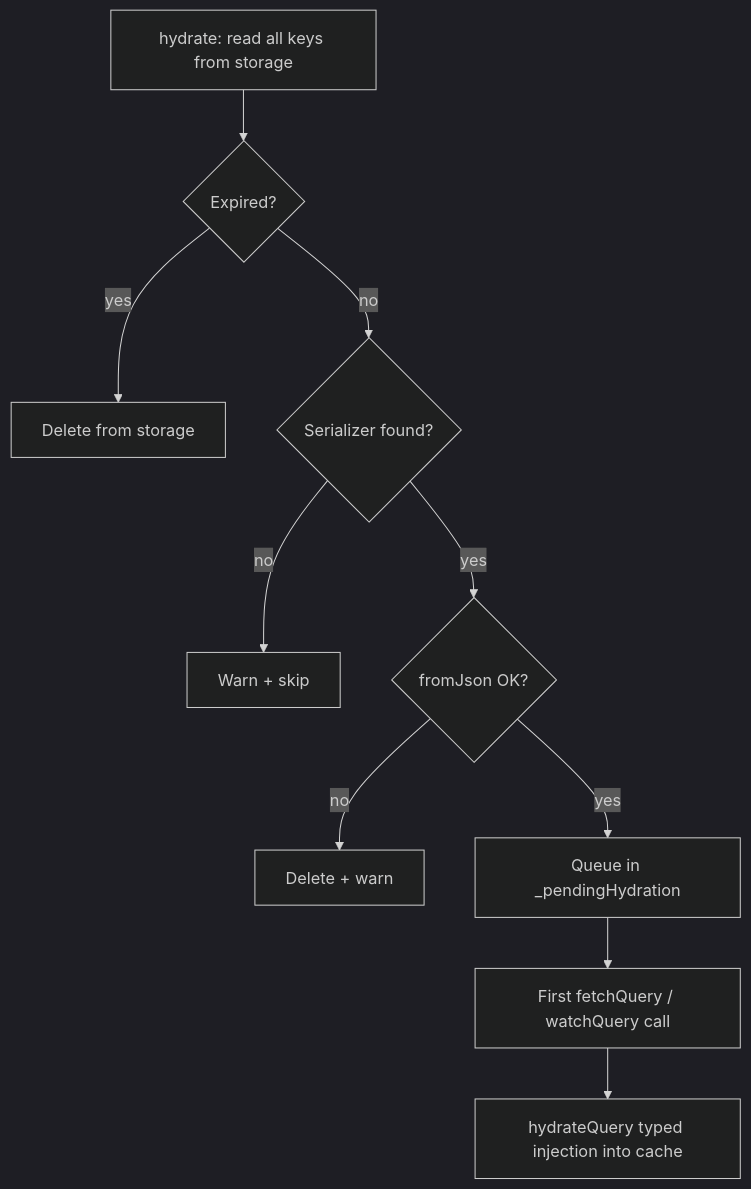
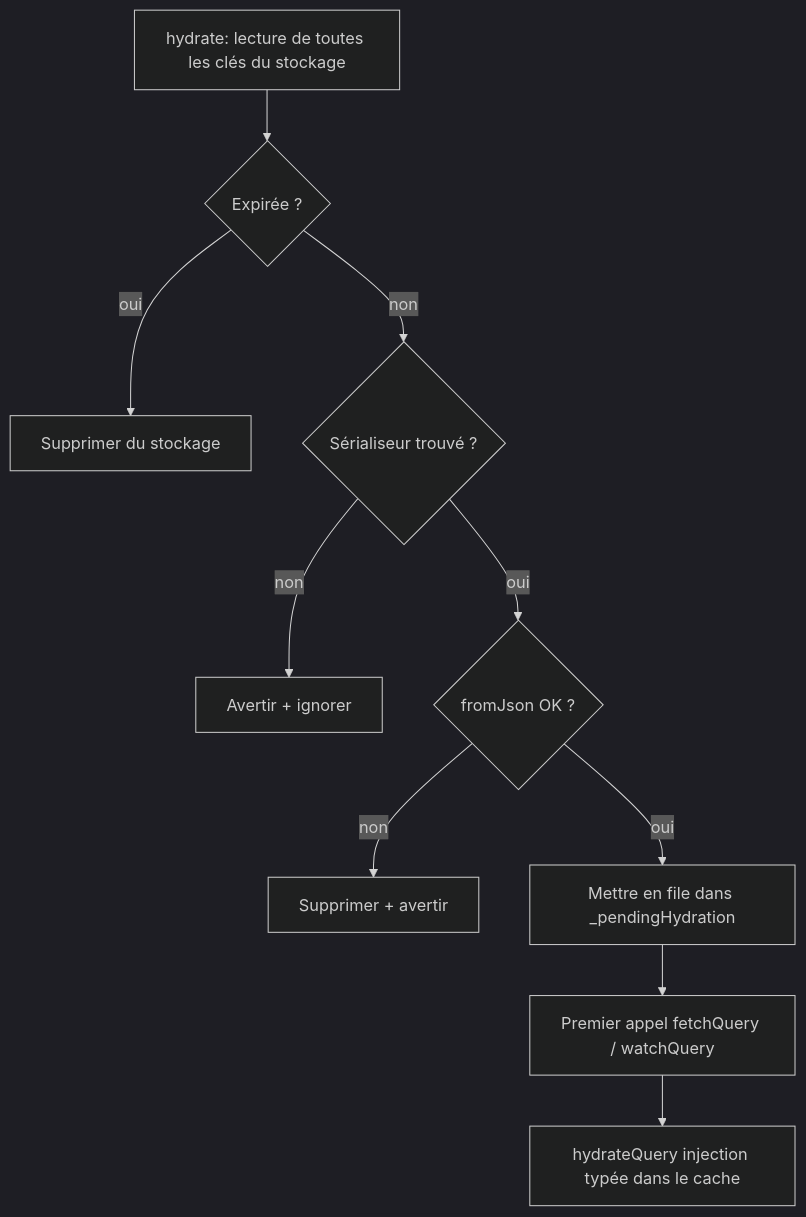
The diagram in docs/content/fr/04.recipes/04.persistence.md (meragix/qora), drawn with Mermaid (dark theme) before and after one commit. The commit also changed other lines of this file and 10 other files, not shown here.

````diff
--- a/docs/content/fr/04.recipes/04.persistence.md
+++ b/docs/content/fr/04.recipes/04.persistence.md
@@ -189,13 +189,13 @@
 ```mermaid
 graph TD
-    A[hydrate: read all keys from storage]
-    A --> B{Expired?}
-    B -- yes --> C[Delete from storage]
-    B -- no --> D{Serializer found?}
-    D -- no --> E[Warn + skip]
-    D -- yes --> F{fromJson OK?}
-    F -- no --> G[Delete + warn]
-    F -- yes --> H[Queue in _pendingHydration]
-    H --> I[First fetchQuery / watchQuery call]
-    I --> J[hydrateQuery typed injection into cache]
+    A[hydrate: lecture de toutes les clés du stockage]
+    A --> B{Expirée ?}
+    B -- oui --> C[Supprimer du stockage]
+    B -- non --> D{Sérialiseur trouvé ?}
+    D -- non --> E[Avertir + ignorer]
+    D -- oui --> F{fromJson OK ?}
+    F -- non --> G[Supprimer + avertir]
+    F -- oui --> H[Mettre en file dans _pendingHydration]
+    H --> I[Premier appel fetchQuery / watchQuery]
+    I --> J[hydrateQuery injection typée dans le cache]
 ```
````
